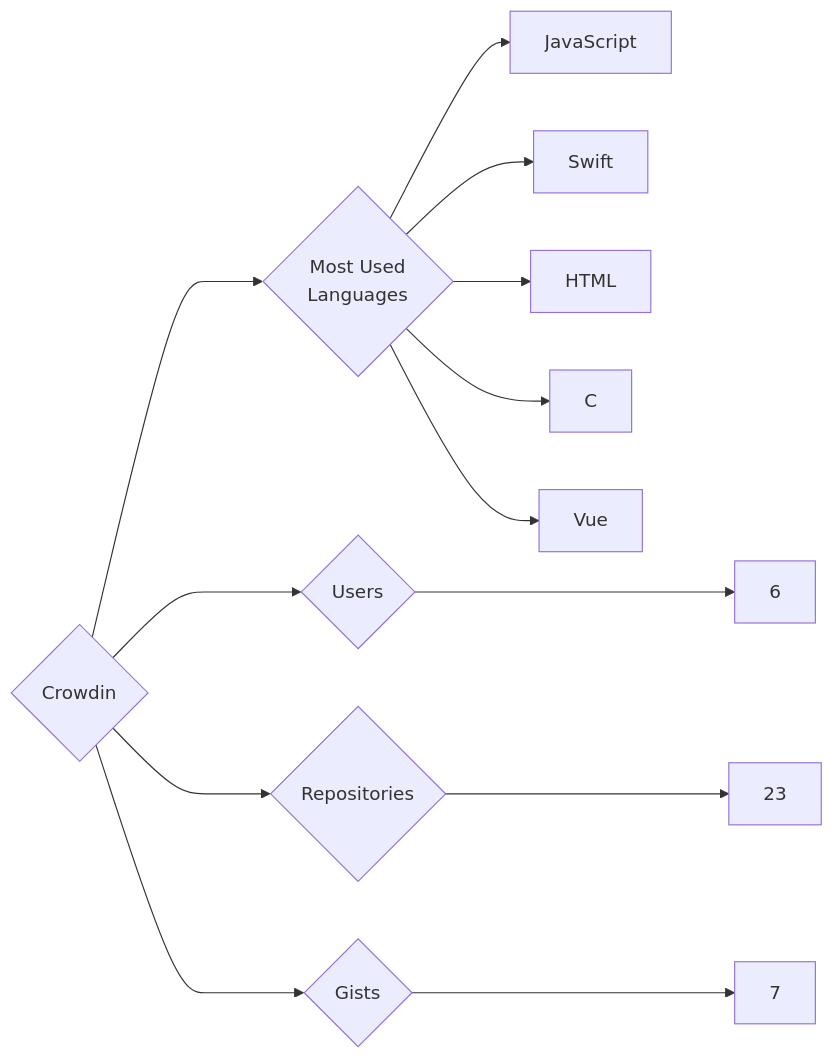
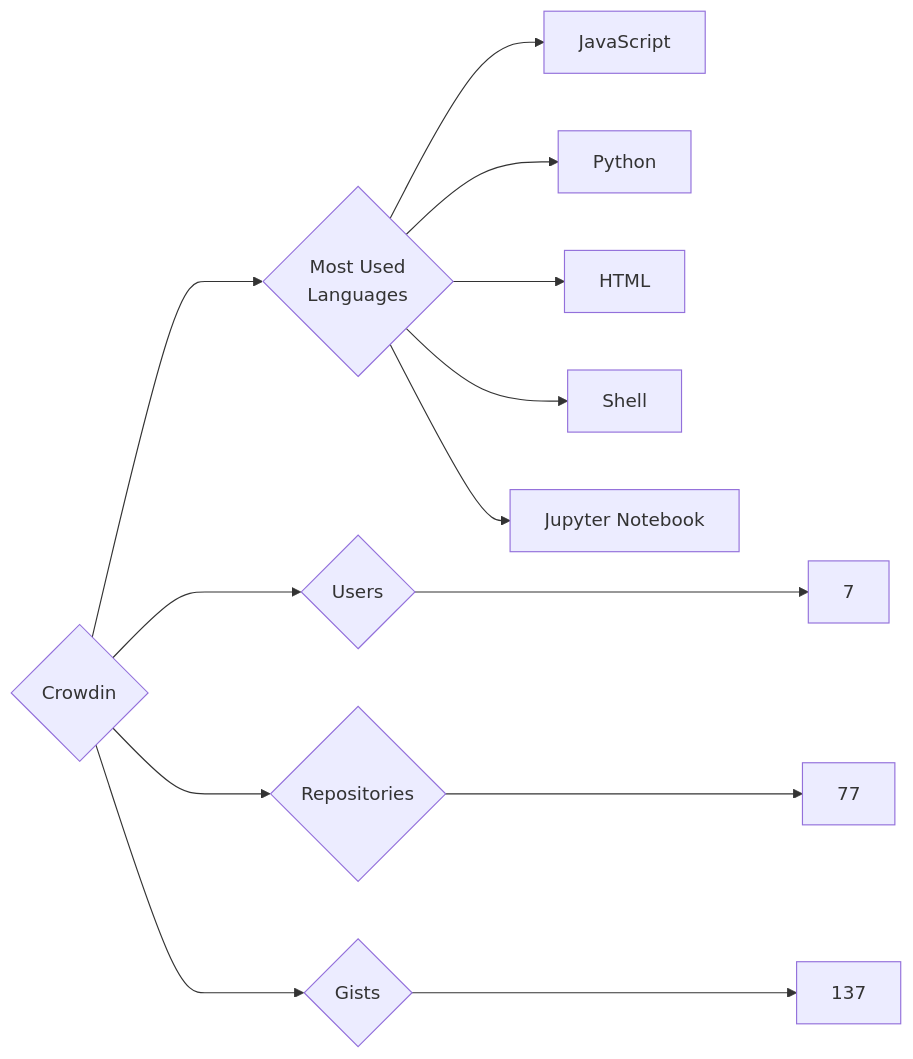
Before and after one commit to trickest/insiders: the diagram in targets/Crowdin/README.md, drawn with Mermaid. The commit also changed 1170 other files, not shown here.

````diff
--- a/targets/Crowdin/README.md
+++ b/targets/Crowdin/README.md
@@ -3,13 +3,13 @@
 ```mermaid
 graph LR
 COMPANY_NAME{Crowdin}
-COMPANY_NAME ---> U{Users} ---> UN[6]
-COMPANY_NAME ---> R{Repositories} ---> RN[23]
-COMPANY_NAME ---> G{Gists} ---> GN[7]
+COMPANY_NAME ---> U{Users} ---> UN[7]
+COMPANY_NAME ---> R{Repositories} ---> RN[77]
+COMPANY_NAME ---> G{Gists} ---> GN[137]
 COMPANY_NAME ---> ML{Most Used<br>Languages}
 ML --> JavaScript[JavaScript]
-ML --> Swift[Swift]
+ML --> Python[Python]
 ML --> HTML[HTML]
-ML --> C[C]
-ML --> Vue[Vue]
+ML --> Shell[Shell]
+ML --> Jupyter_Notebook[Jupyter Notebook]
 ```
````
